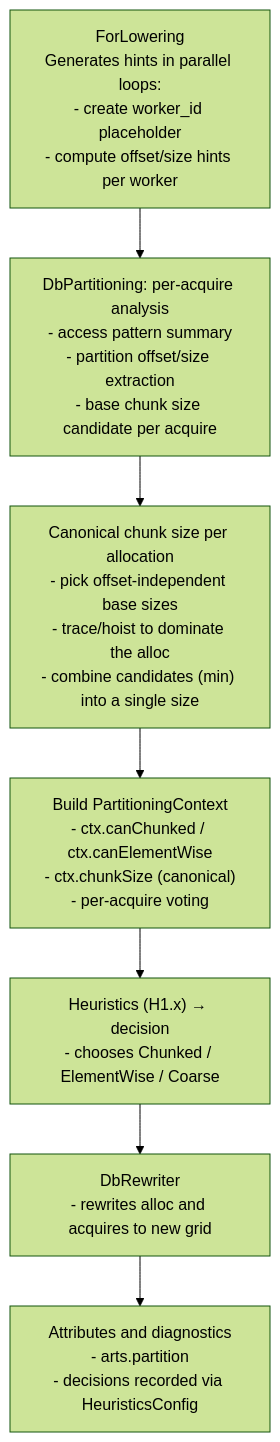
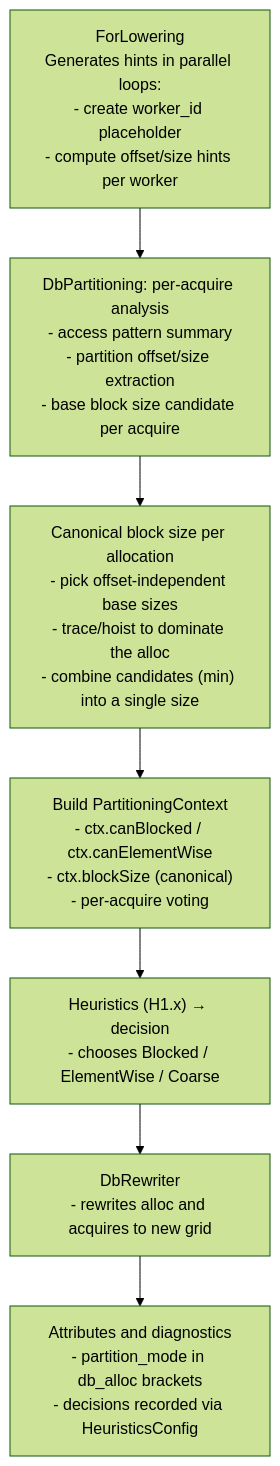
One commit to randreshg/carts changed the third of 9 diagrams in docs/heuristics/partitioning/partitioning.md. Above: the diagram before and after it, drawn with Mermaid (forest theme). The commit also changed other lines of this file and 88 other files, not shown here.

Commit message:
Refactor datablock partitioning to support block mode and enhance heuristics. Docs were also updated

````diff
--- a/docs/heuristics/partitioning/partitioning.md
+++ b/docs/heuristics/partitioning/partitioning.md
@@ -148,12 +176,12 @@
 ```mermaid
 flowchart TD
   A["ForLowering<br/>Generates hints in parallel loops:<br/>- create worker_id placeholder<br/>- compute offset/size hints per worker"]
-  B["DbPartitioning: per-acquire analysis<br/>- access pattern summary<br/>- partition offset/size extraction<br/>- base chunk size candidate per acquire"]
-  C["Canonical chunk size per allocation<br/>- pick offset-independent base sizes<br/>- trace/hoist to dominate the alloc<br/>- combine candidates (min) into a single size"]
-  D["Build PartitioningContext<br/>- ctx.canChunked / ctx.canElementWise<br/>- ctx.chunkSize (canonical)<br/>- per-acquire voting"]
-  E["Heuristics (H1.x) → decision<br/>- chooses Chunked / ElementWise / Coarse"]
+  B["DbPartitioning: per-acquire analysis<br/>- access pattern summary<br/>- partition offset/size extraction<br/>- base block size candidate per acquire"]
+  C["Canonical block size per allocation<br/>- pick offset-independent base sizes<br/>- trace/hoist to dominate the alloc<br/>- combine candidates (min) into a single size"]
+  D["Build PartitioningContext<br/>- ctx.canBlocked / ctx.canElementWise<br/>- ctx.blockSize (canonical)<br/>- per-acquire voting"]
+  E["Heuristics (H1.x) → decision<br/>- chooses Blocked / ElementWise / Coarse"]
   F["DbRewriter<br/>- rewrites alloc and acquires to new grid"]
-  G["Attributes and diagnostics<br/>- arts.partition<br/>- decisions recorded via HeuristicsConfig"]
+  G["Attributes and diagnostics<br/>- partition_mode in db_alloc brackets<br/>- decisions recorded via HeuristicsConfig"]
 
   A --> B --> C --> D --> E --> F --> G
 ```
````
